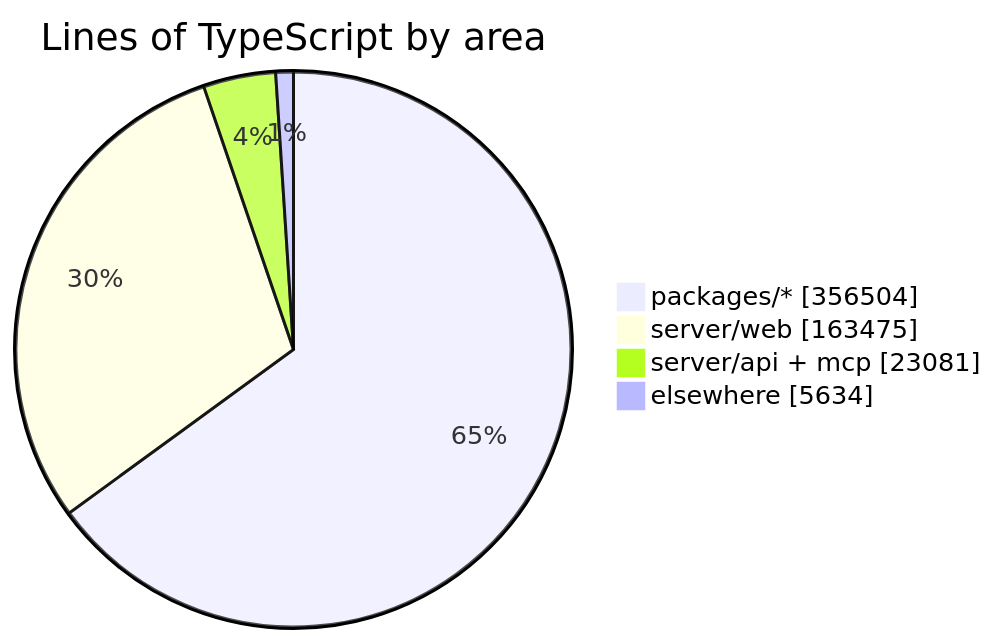
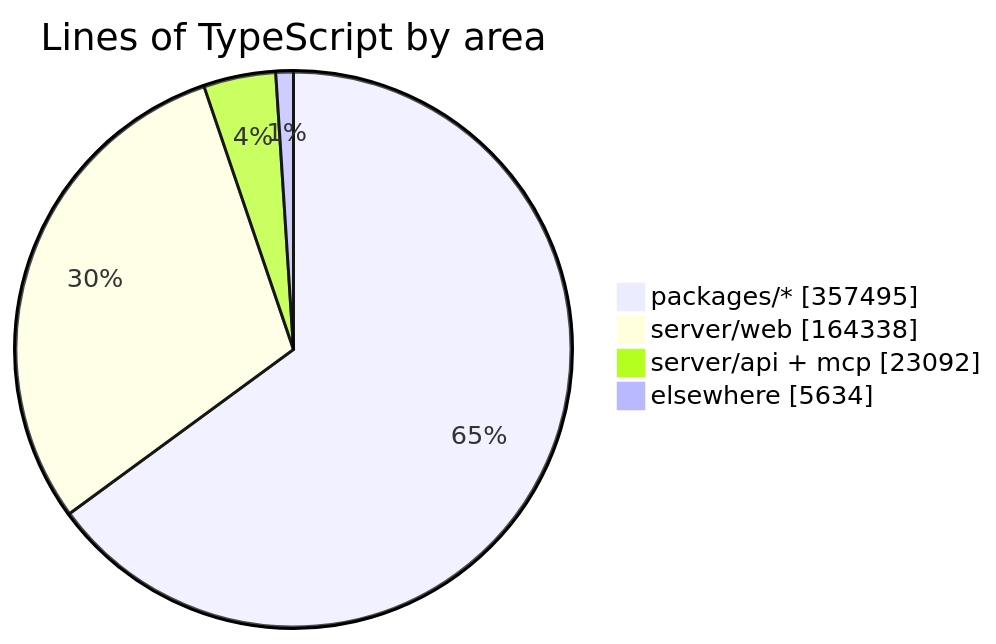
One commit to crossworks-engineering/mantle changed the diagram in README.md. Above: the diagram before and after it, drawn with Mermaid. The commit also changed other lines of this file and 2 other files, not shown here.

````diff
--- a/README.md
+++ b/README.md
@@ -294,7 +294,7 @@
 ```mermaid
 pie showData title Lines of TypeScript by area
-    "packages/*" : 356504
-    "server/web" : 163475
-    "server/api + mcp" : 23081
+    "packages/*" : 357495
+    "server/web" : 164338
+    "server/api + mcp" : 23092
     "elsewhere" : 5634
 ```
````
